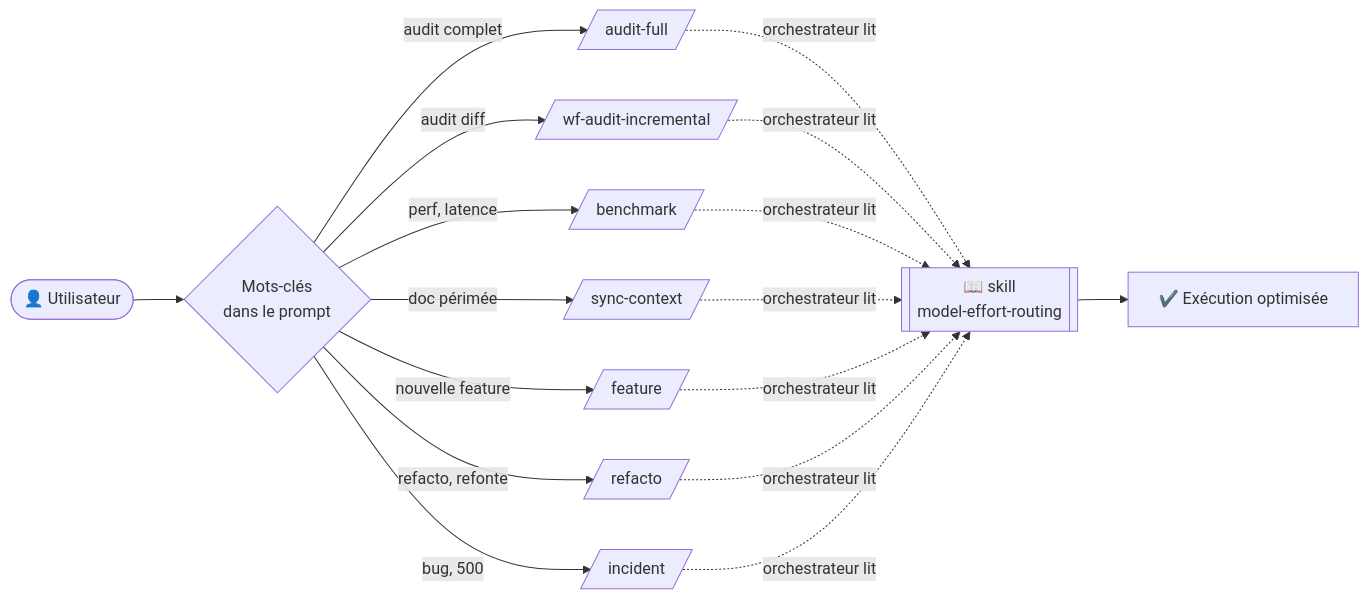
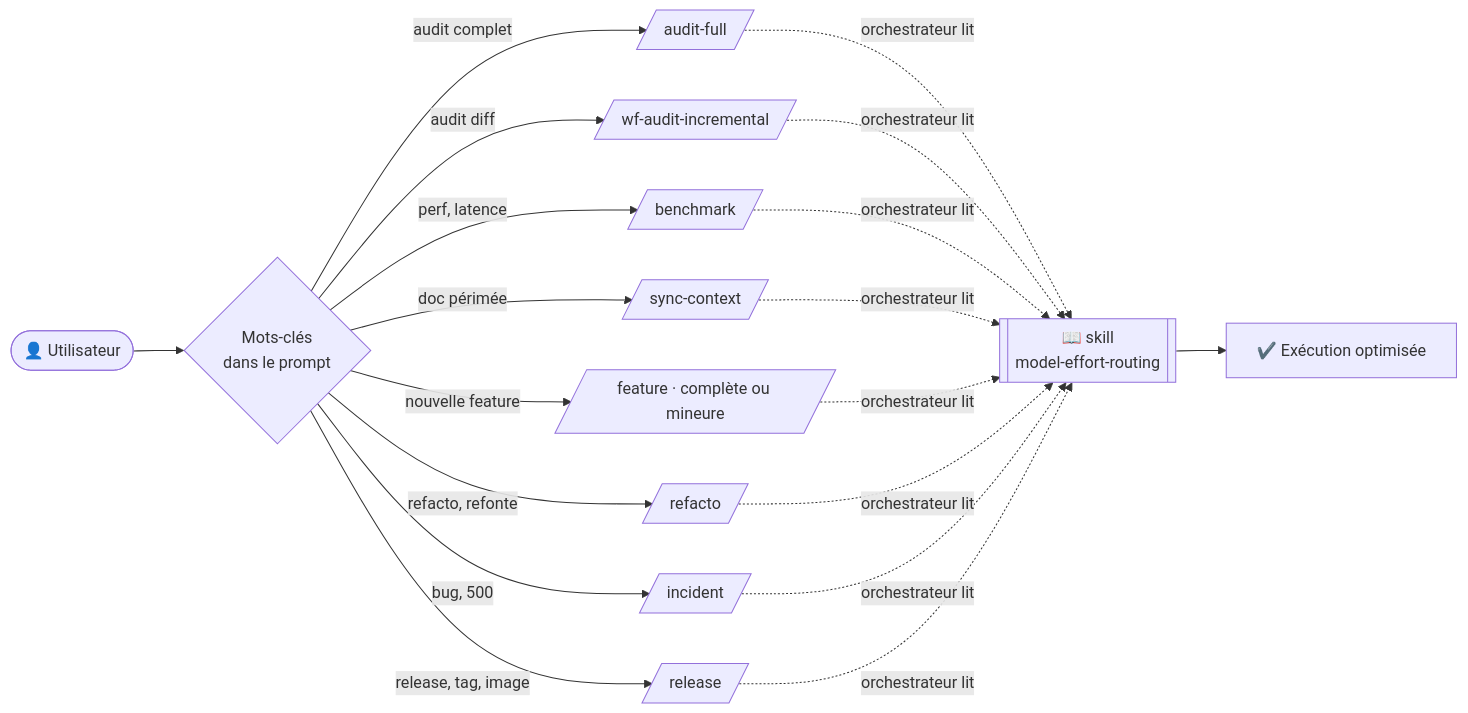
One commit to ChakirHamzaChahid/Plexhub-Backend changed the tenth of 10 diagrams in .claude/WORKFLOWS-DIAGRAMS.md. Above: the diagram before and after it, drawn with Mermaid. The commit also changed other lines of this file and 33 other files, not shown here.

````diff
--- a/.claude/WORKFLOWS-DIAGRAMS.md
+++ b/.claude/WORKFLOWS-DIAGRAMS.md
@@ -255,13 +306,14 @@
 ```mermaid
 flowchart LR
   U([👤 Utilisateur]) --> KW{Mots-clés<br/>dans le prompt}
   KW -->|audit complet| W1[/audit-full/]
   KW -->|audit diff| W2[/wf-audit-incremental/]
   KW -->|perf, latence| W3[/benchmark/]
   KW -->|doc périmée| W4[/sync-context/]
-  KW -->|nouvelle feature| W5[/feature/]
+  KW -->|nouvelle feature| W5[/feature · complète ou mineure/]
   KW -->|refacto, refonte| W6[/refacto/]
   KW -->|bug, 500| W7[/incident/]
-  W1 & W2 & W3 & W4 & W5 & W6 & W7 -.->|orchestrateur lit| DOCTRINE[[📖 skill<br/>model-effort-routing]]
+  KW -->|release, tag, image| W8[/release/]
+  W1 & W2 & W3 & W4 & W5 & W6 & W7 & W8 -.->|orchestrateur lit| DOCTRINE[[📖 skill<br/>model-effort-routing]]
   DOCTRINE --> EXEC[✔️ Exécution optimisée]
 ```
````
